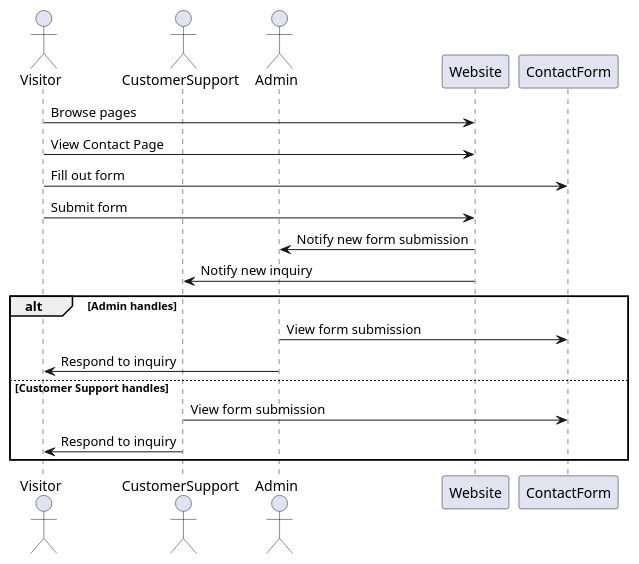
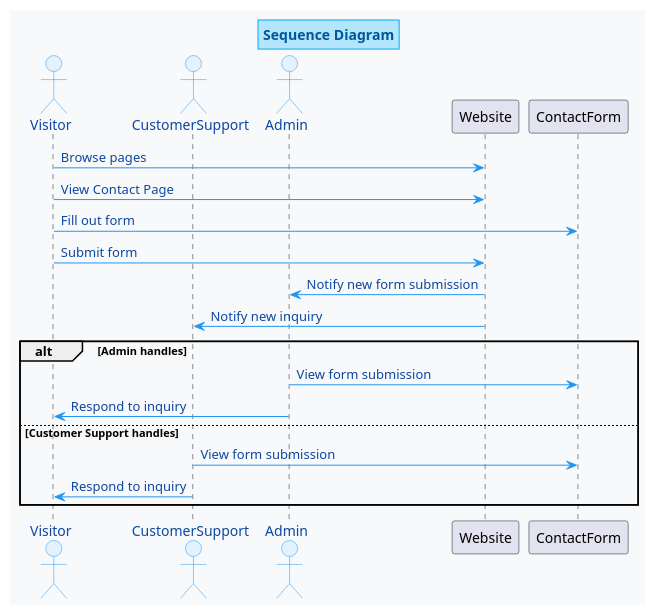
One commit to k4ilham/Unified-Modeling-Language-plantuml changed the diagram in company_profile/sequence_diagram.md. Above: the diagram before and after it, drawn with PlantUML. The commit also changed 19 other files, not shown here.

```diff
--- a/company_profile/sequence_diagram.md
+++ b/company_profile/sequence_diagram.md
@@ -1,21 +1,55 @@
 @startuml
+title Sequence Diagram
+
+' Define colors
+skinparam backgroundColor #F8F9FA
+
+' Define styles for actors
+skinparam actor {
+  BackgroundColor #E3F2FD
+  BorderColor #2196F3
+  FontColor #0D47A1
+}
+
+' Define styles for messages
+skinparam Arrow {
+  Color #2196F3
+  FontColor #0D47A1
+}
+
+' Define styles for alt and else blocks
+skinparam activity {
+  BackgroundColor #E1BEE7
+  BorderColor #AB47BC
+  FontColor #6A1B9A
+}
+
+' Define styles for title
+skinparam title {
+  BackgroundColor #B3E5FC
+  BorderColor #03A9F4
+  FontColor #01579B
+}
+
+' Define actors
 actor Visitor
 actor CustomerSupport
 actor Admin
 
+' Define interactions
 Visitor -> Website: Browse pages
 Visitor -> Website: View Contact Page
 Visitor -> ContactForm: Fill out form
 Visitor -> Website: Submit form
 Website -> Admin: Notify new form submission
 Website -> CustomerSupport: Notify new inquiry
 
 alt Admin handles
     Admin -> ContactForm: View form submission
     Admin -> Visitor: Respond to inquiry
 else Customer Support handles
     CustomerSupport -> ContactForm: View form submission
     CustomerSupport -> Visitor: Respond to inquiry
 end
 
 @enduml
```
